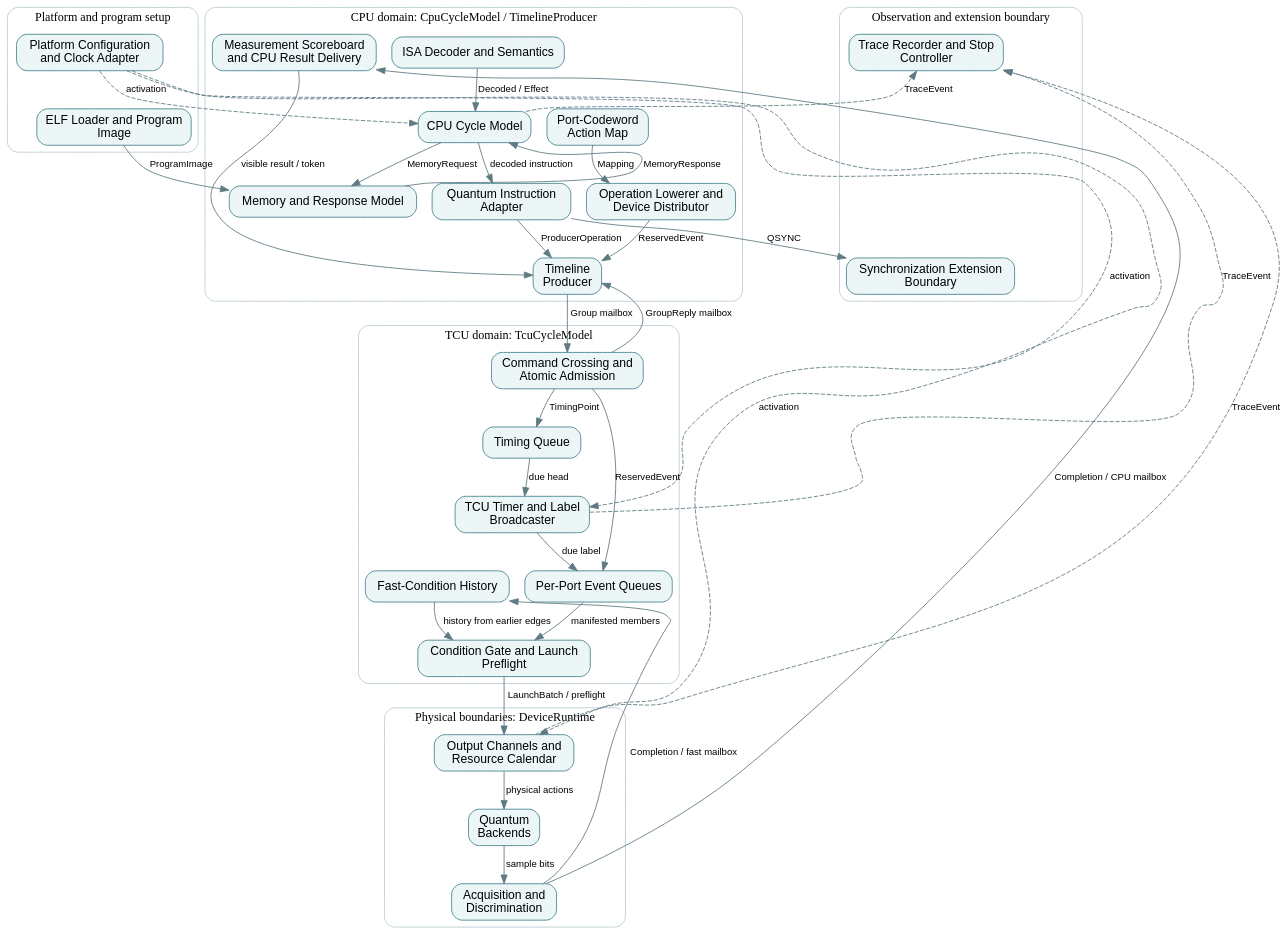
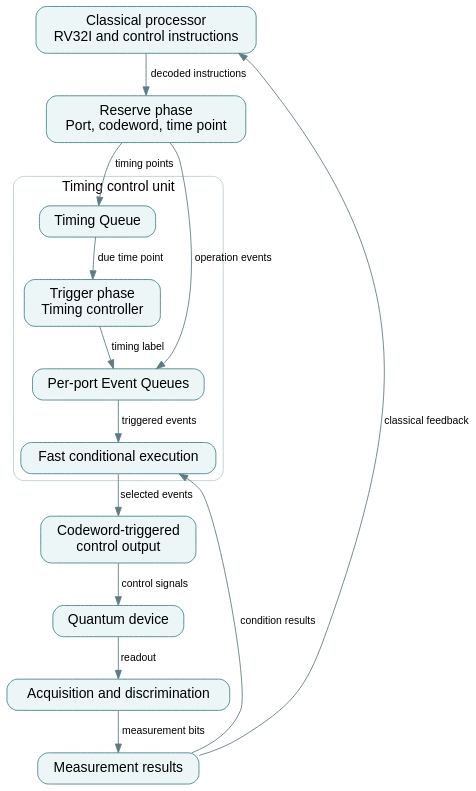
Before and after one commit to qsbit-org/qsbit-sim: the diagram in docs/architecture.dot, drawn with Graphviz. The commit also changed 71 other files, not shown here.

```diff
--- a/docs/architecture.dot
+++ b/docs/architecture.dot
@@ -1,65 +1,30 @@
 digraph architecture {
-  graph [rankdir=TB, newrank=true, bgcolor="transparent", pad=0.2, nodesep=0.25, ranksep=0.45, compound=true];
-  node [shape=box, style="rounded,filled", fillcolor="#edf6f7", color="#43818a", fontname="sans-serif", fontsize=14, margin="0.12,0.08", target="_top"];
-  edge [color="#607a83", fontname="sans-serif", fontsize=11];
-  subgraph cluster_setup { label="Platform and program setup"; color="#bacdd2"; style="rounded";
-    m0 [label="Platform Configuration\nand Clock Adapter", href="modules/platform-and-clock-adapter.html", id="module-platform-and-clock-adapter"];
-    m1 [label="ELF Loader and Program\nImage", href="modules/elf-loader-and-program-image.html", id="module-elf-loader-and-program-image"];
+  graph [rankdir=TB, bgcolor="transparent", pad=0.2, nodesep=0.35, ranksep=0.5];
+  node [shape=box, style="rounded,filled", fillcolor="#edf6f7", color="#43818a", fontname="sans-serif", fontsize=16, margin="0.18,0.12", target="_top"];
+  edge [color="#607a83", fontname="sans-serif", fontsize=12];
+  cpu [label="Classical processor\nRV32I and control instructions", href="modules/cpu-cycle-model.html"];
+  reserve [label="Reserve phase\nPort, codeword, time point", href="modules/reserve-phase.html"];
+  subgraph cluster_tcu {
+    label="Timing control unit"; color="#bacdd2"; style="rounded"; fontname="sans-serif"; fontsize=16;
+    timing [label="Timing Queue", href="modules/timing-queue.html"];
+    events [label="Per-port Event Queues", href="modules/per-port-event-queues.html"];
+    trigger [label="Trigger phase\nTiming controller", href="modules/timing-controller.html"];
+    conditional [label="Fast conditional execution", href="modules/conditional-execution.html"];
   }
-  subgraph cluster_cpu { label="CPU domain: CpuCycleModel / TimelineProducer"; color="#bacdd2"; style="rounded";
-    m2 [label="ISA Decoder and Semantics", href="modules/isa-decoder-and-semantics.html", id="module-isa-decoder-and-semantics"];
-    m3 [label="CPU Cycle Model", href="modules/cpu-cycle-model.html", id="module-cpu-cycle-model"];
-    m4 [label="Memory and Response Model", href="modules/memory-and-response-model.html", id="module-memory-and-response-model"];
-    m5 [label="Quantum Instruction\nAdapter", href="modules/quantum-instruction-adapter.html", id="module-quantum-instruction-adapter"];
-    m13 [label="Port-Codeword\nAction Map", href="modules/port-codeword-and-waveform-map.html", id="module-port-codeword-and-waveform-map"];
-    m6 [label="Operation Lowerer and\nDevice Distributor", href="modules/operation-lowerer-and-device-distributor.html", id="module-operation-lowerer-and-device-distributor"];
-    m7 [label="Timeline\nProducer", href="modules/timeline-reservation-manager.html", id="module-timeline-reservation-manager"];
-    m17 [label="Measurement Scoreboard\nand CPU Result Delivery", href="modules/measurement-scoreboard-and-cpu-feedback.html", id="module-measurement-scoreboard-and-cpu-feedback"];
-  }
-  subgraph cluster_tcu { label="TCU domain: TcuCycleModel"; color="#bacdd2"; style="rounded";
-    m8 [label="Command Crossing and\nAtomic Admission", href="modules/command-crossing-and-admission.html", id="module-command-crossing-and-admission"];
-    m9 [label="Timing Queue", href="modules/timing-queue.html", id="module-timing-queue"];
-    m10 [label="Per-Port Event Queues", href="modules/per-port-event-queues.html", id="module-per-port-event-queues"];
-    m11 [label="TCU Timer and Label\nBroadcaster", href="modules/tcu-timer-and-label-broadcaster.html", id="module-tcu-timer-and-label-broadcaster"];
-    m12 [label="Condition Gate and Launch\nPreflight", href="modules/condition-gate-and-launch-preflight.html", id="module-condition-gate-and-launch-preflight"];
-    m18 [label="Fast-Condition History", href="modules/fast-condition-history.html", id="module-fast-condition-history"];
-  }
-  subgraph cluster_device { label="Physical boundaries: DeviceRuntime"; color="#bacdd2"; style="rounded";
-    m14 [label="Output Channels and\nResource Calendar", href="modules/output-channels-and-resource-calendar.html", id="module-output-channels-and-resource-calendar"];
-    m15 [label="Quantum\nBackends", href="modules/quantum-state-service-and-backends.html", id="module-quantum-state-service-and-backends"];
-    m16 [label="Acquisition and\nDiscrimination", href="modules/acquisition-and-discrimination.html", id="module-acquisition-and-discrimination"];
-  }
-  subgraph cluster_lifecycle { label="Observation and extension boundary"; color="#bacdd2"; style="rounded";
-    m19 [label="Trace Recorder and Stop\nController", href="modules/trace-recorder-and-stop-controller.html", id="module-trace-recorder-and-stop-controller"];
-    m20 [label="Synchronization Extension\nBoundary", href="modules/future-synchronization-adapter.html", id="module-future-synchronization-adapter"];
-  }
-  m1 -> m4 [label="ProgramImage"];
-  m4 -> m3 [constraint=false, label="MemoryResponse"];
-  m3 -> m4 [label="MemoryRequest"];
-  m2 -> m3 [label="Decoded / Effect"];
-  m3 -> m5 [label="decoded instruction"];
-  m5 -> m7 [label="ProducerOperation"];
-  m13 -> m6 [label="Mapping"];
-  m6 -> m7 [label="ReservedEvent"];
-  m7 -> m8 [label="Group mailbox"];
-  m8 -> m7 [constraint=false, label="GroupReply mailbox"];
-  m8 -> m9 [label="TimingPoint"];
-  m8 -> m10 [label="ReservedEvent"];
-  m9 -> m11 [label="due head"];
-  m11 -> m10 [label="due label"];
-  m10 -> m12 [label="manifested members"];
-  m18 -> m12 [label="history from earlier edges"];
-  m12 -> m14 [label="LaunchBatch / preflight"];
-  m14 -> m15 [label="physical actions"];
-  m15 -> m16 [label="sample bits"];
-  m16 -> m17 [constraint=false, label="Completion / CPU mailbox"];
-  m16 -> m18 [constraint=false, label="Completion / fast mailbox"];
-  m17 -> m7 [constraint=false, label="visible result / token"];
-  m5 -> m20 [label="QSYNC"];
-  m0 -> m3 [style=dashed, constraint=false, label="activation"];
-  m0 -> m11 [style=dashed, constraint=false, label="activation"];
-  m0 -> m14 [style=dashed, constraint=false, label="activation"];
-  m3 -> m19 [style=dashed, constraint=false, label="TraceEvent"];
-  m11 -> m19 [style=dashed, constraint=false, label="TraceEvent"];
-  m14 -> m19 [style=dashed, constraint=false, label="TraceEvent"];
+  output [label="Codeword-triggered\ncontrol output", href="modules/control-output.html"];
+  device [label="Quantum device", href="modules/quantum-device-model.html"];
+  measurement [label="Acquisition and discrimination", href="modules/acquisition-and-discrimination.html"];
+  results [label="Measurement results", href="modules/measurement-results.html"];
+  cpu -> reserve [label="decoded instructions"];
+  reserve -> timing [label="timing points"];
+  reserve -> events [label="operation events"];
+  timing -> trigger [label="due time point"];
+  trigger -> events [label="timing label"];
+  events -> conditional [label="triggered events"];
+  conditional -> output [label="selected events"];
+  output -> device [label="control signals"];
+  device -> measurement [label="readout"];
+  measurement -> results [label="measurement bits"];
+  results -> cpu [label="classical feedback", constraint=false];
+  results -> conditional [label="condition results", constraint=false];
 }
```
